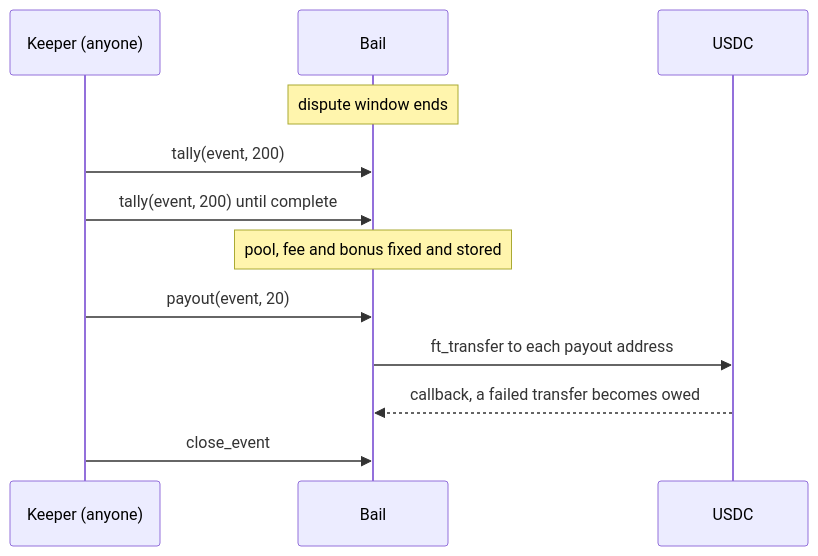
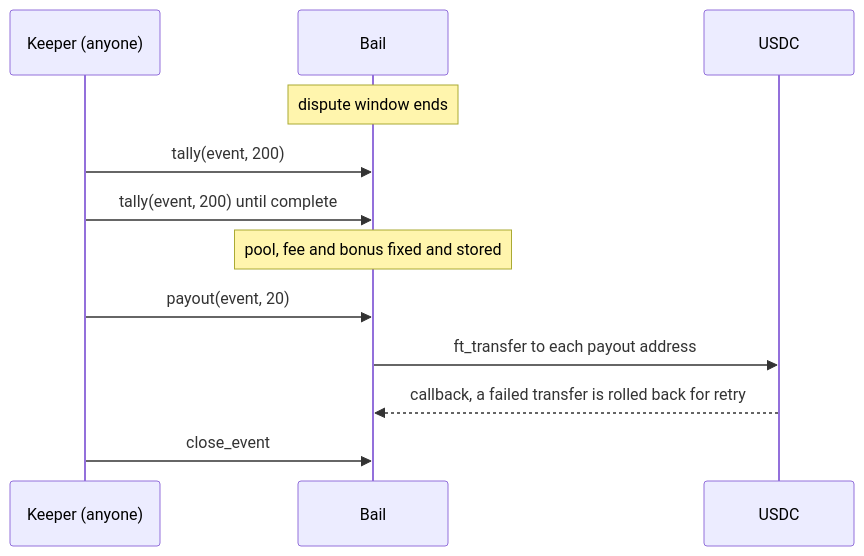
Before and after one commit to RaymondAbiola/bail: the diagram in docs/diagrams/settlement.mmd, drawn with Mermaid. The commit also changed 11 other files, not shown here.

```diff
--- a/docs/diagrams/settlement.mmd
+++ b/docs/diagrams/settlement.mmd
@@ -1,12 +1,12 @@
 sequenceDiagram
   participant K as Keeper (anyone)
   participant B as Bail
   participant U as USDC
   Note over B: dispute window ends
   K->>B: tally(event, 200)
   K->>B: tally(event, 200) until complete
   Note over B: pool, fee and bonus fixed and stored
   K->>B: payout(event, 20)
   B->>U: ft_transfer to each payout address
-  U-->>B: callback, a failed transfer becomes owed
+  U-->>B: callback, a failed transfer is rolled back for retry
   K->>B: close_event
```
